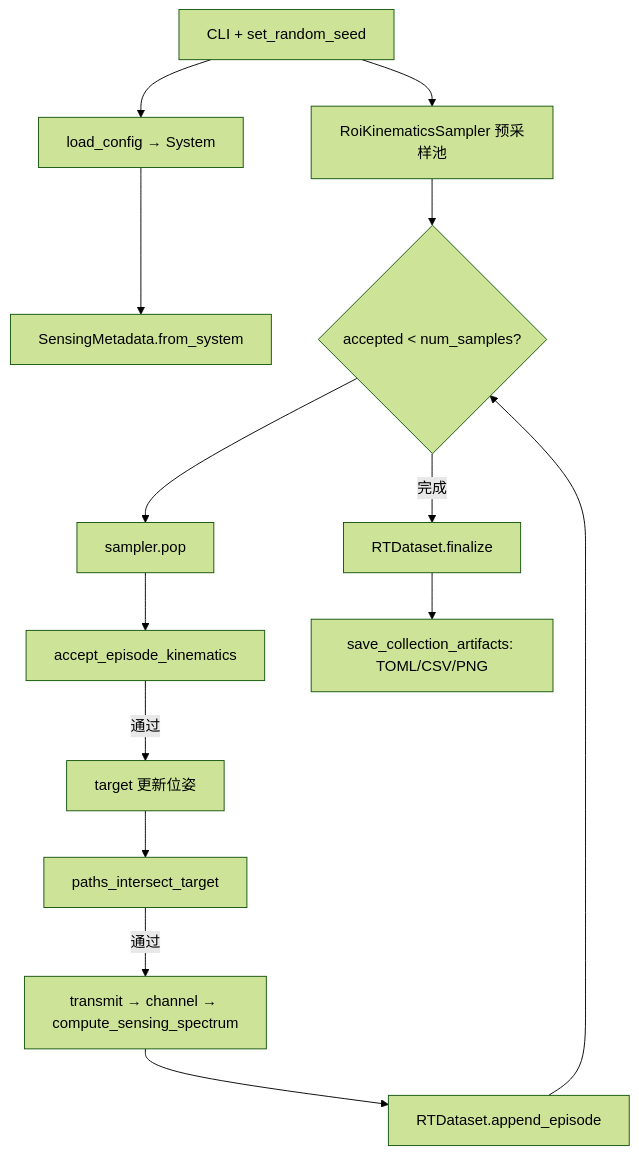
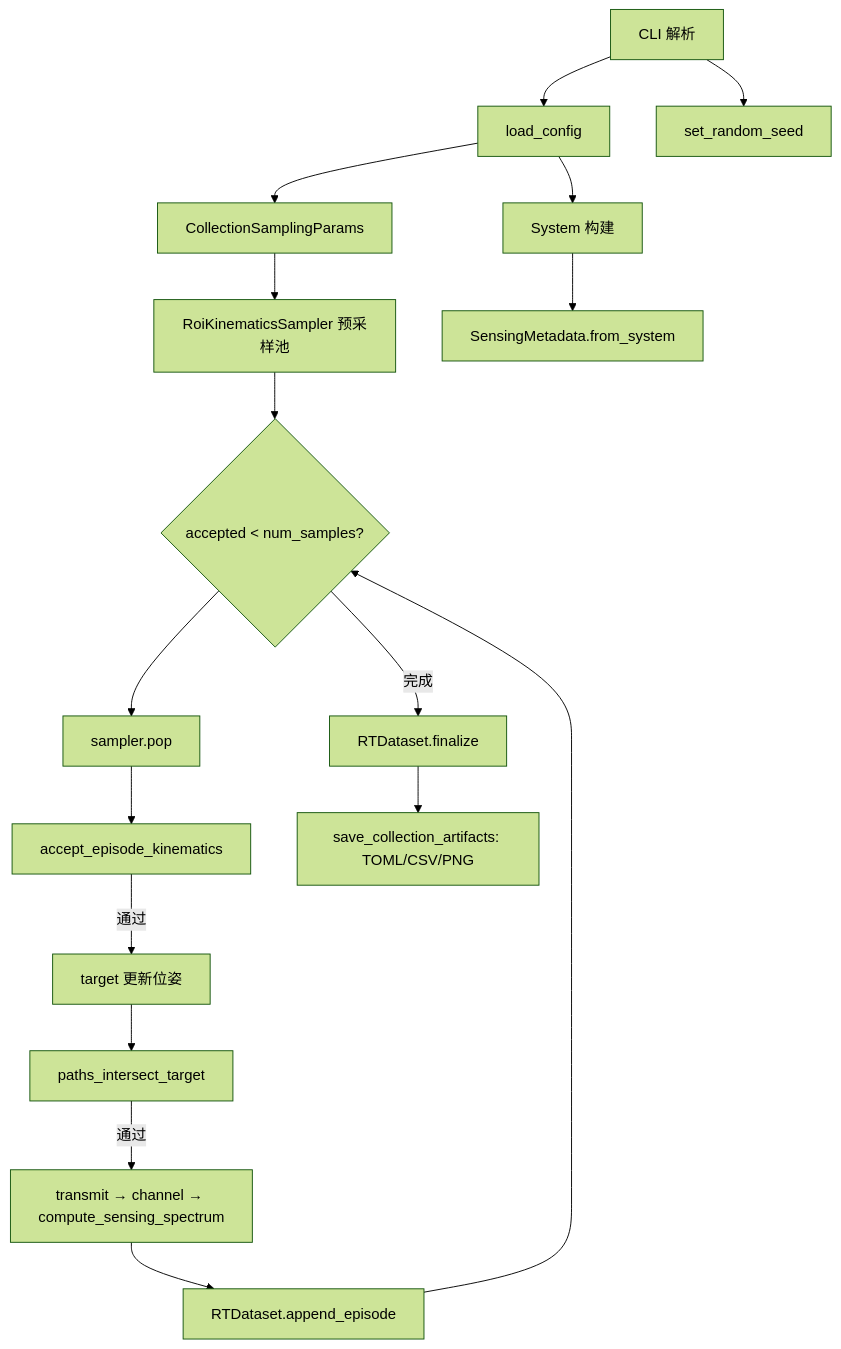
One commit to GitLinhp/isac changed the diagram in docs/run_data_collection.md. Above: the diagram before and after it, drawn with Mermaid (forest theme). The commit also changed other lines of this file and 38 other files, not shown here.

````diff
--- a/docs/run_data_collection.md
+++ b/docs/run_data_collection.md
@@ -83,16 +100,19 @@
 ```mermaid
 flowchart TD
-    CLI[CLI + set_random_seed] --> Pool[RoiKinematicsSampler 预采样池]
-    CLI --> Sys[load_config → System]
+    CLI[CLI 解析] --> Load[load_config]
+    Load --> Parse[CollectionSamplingParams]
+    Parse --> Pool[RoiKinematicsSampler 预采样池]
+    CLI --> Seed[set_random_seed]
+    Load --> Sys[System 构建]
     Sys --> Meta[SensingMetadata.from_system]
     Pool --> Loop{accepted < num_samples?}
     Loop --> Pop[sampler.pop]
     Pop --> F1[accept_episode_kinematics]
     F1 -->|通过| Pose[target 更新位姿]
     Pose --> F2[paths_intersect_target]
     F2 -->|通过| Sim[transmit → channel → compute_sensing_spectrum]
     Sim --> H5[RTDataset.append_episode]
     H5 --> Loop
     Loop -->|完成| Final[RTDataset.finalize]
     Final --> Art[save_collection_artifacts: TOML/CSV/PNG]
 ```
````
